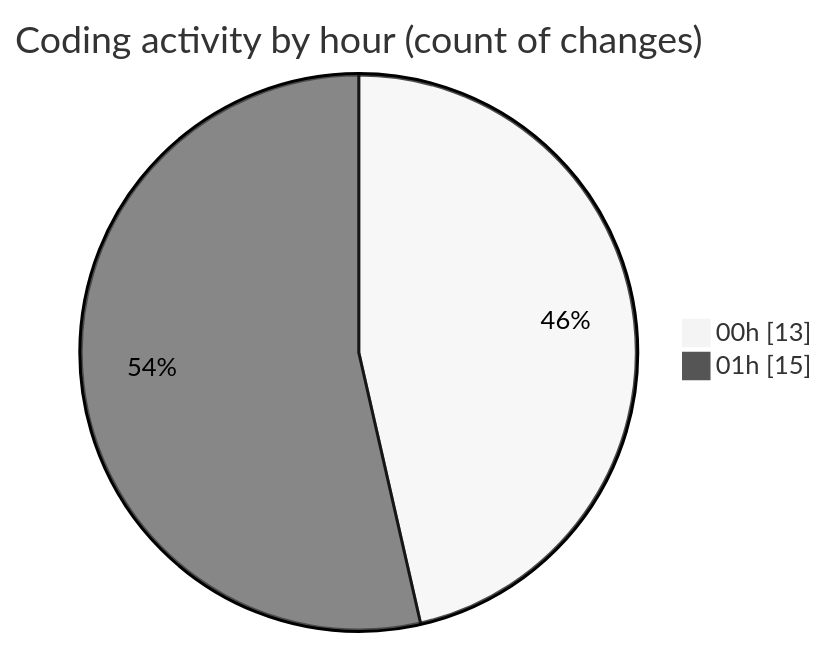
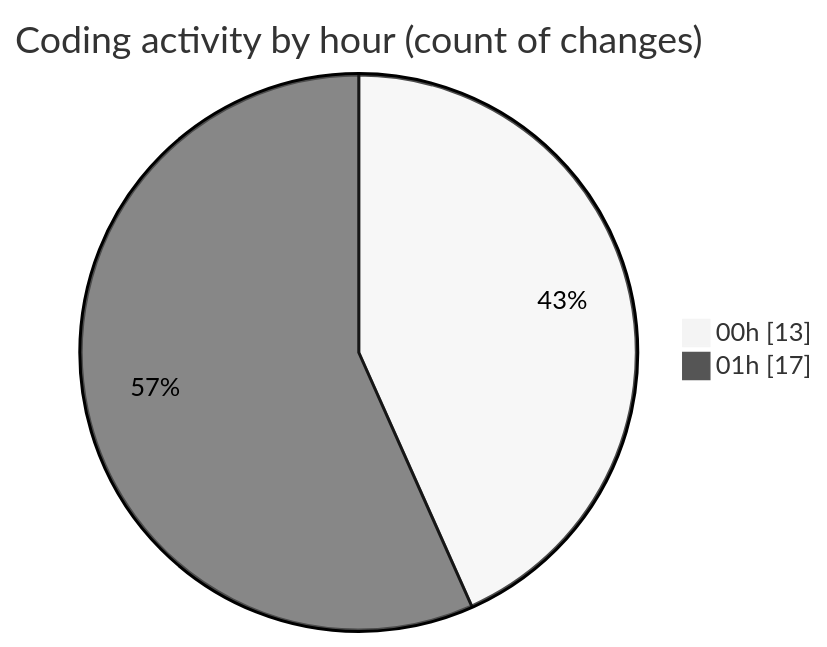
Before and after one commit to lephambinh05/code-tracking: the second of 2 diagrams in 2025-09-09/hiai-phf/README.md, drawn with Mermaid (neutral theme). The commit also changed other lines of this file and 1 other file, not shown here.

````diff
--- a/2025-09-09/hiai-phf/README.md
+++ b/2025-09-09/hiai-phf/README.md
@@ -46,6 +46,6 @@
 ```mermaid
 pie showData
 title Coding activity by hour (count of changes)
 "00h" : 13
-"01h" : 15
+"01h" : 17
 ```
````
